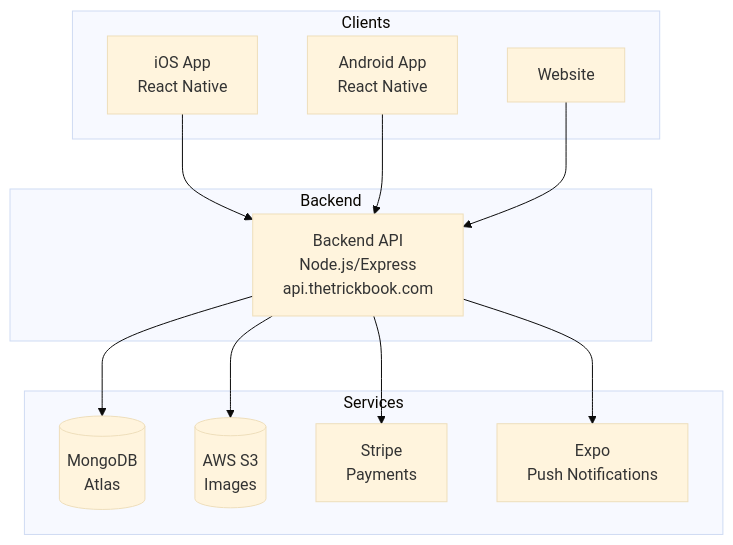
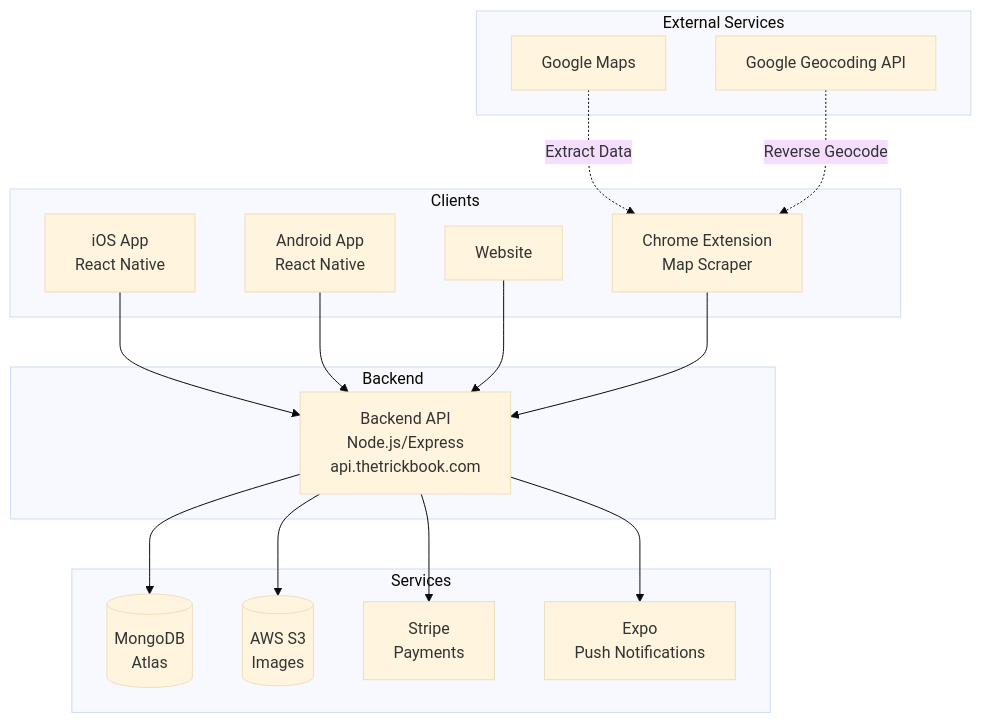
Before and after one commit to wbaxterh/TrickBookDocs: the diagram in docs/architecture/overview.md, drawn with Mermaid (base theme). The commit also changed other lines of this file and 4 other files, not shown here.

````diff
--- a/docs/architecture/overview.md
+++ b/docs/architecture/overview.md
@@ -11,28 +11,38 @@
 ```mermaid
 flowchart TB
     subgraph Clients
         iOS[iOS App<br/>React Native]
         Android[Android App<br/>React Native]
         Web[Website]
+        Extension[Chrome Extension<br/>Map Scraper]
+    end
+
+    subgraph External["External Services"]
+        GoogleMaps[Google Maps]
+        GeoAPI[Google Geocoding API]
     end
 
     subgraph Backend
         API[Backend API<br/>Node.js/Express<br/>api.thetrickbook.com]
     end
 
     subgraph Services
         MongoDB[(MongoDB<br/>Atlas)]
         S3[(AWS S3<br/>Images)]
         Stripe[Stripe<br/>Payments]
         Expo[Expo<br/>Push Notifications]
     end
 
     iOS --> API
     Android --> API
     Web --> API
+    Extension --> API
+
+    GoogleMaps -.->|Extract Data| Extension
+    GeoAPI -.->|Reverse Geocode| Extension
 
     API --> MongoDB
     API --> S3
     API --> Stripe
     API --> Expo
 ```
````
